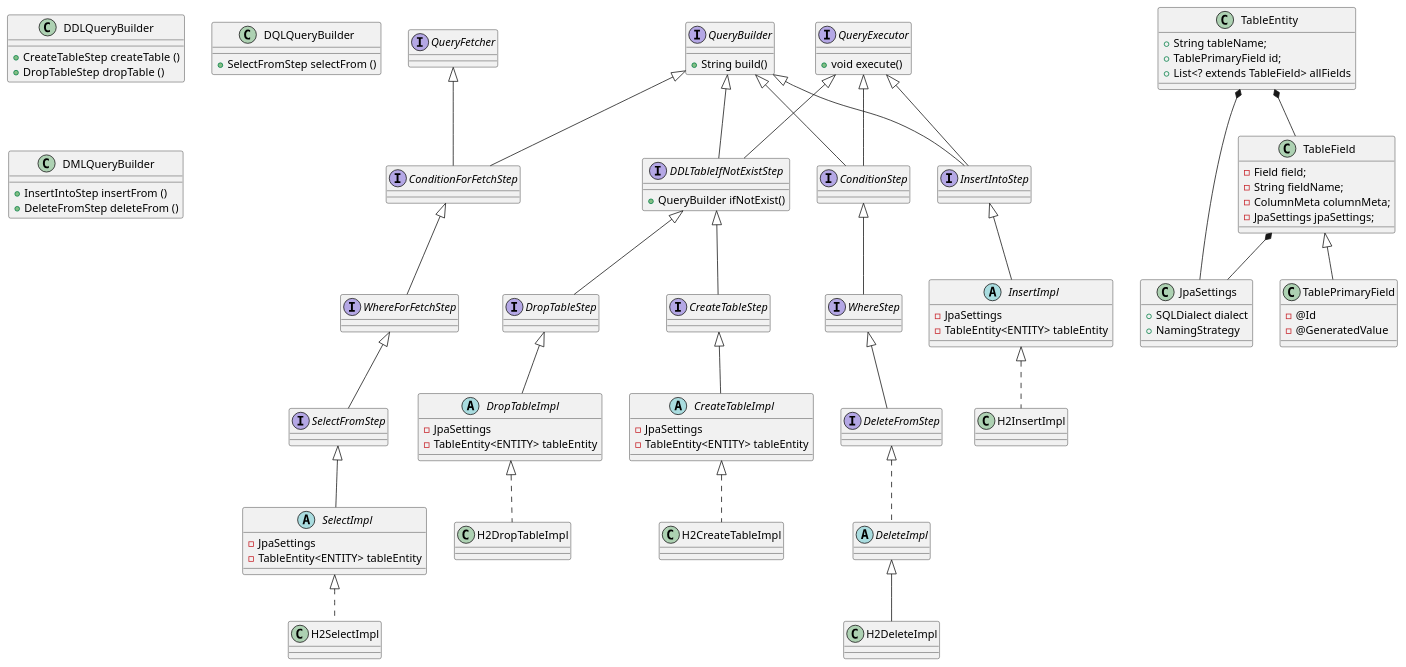
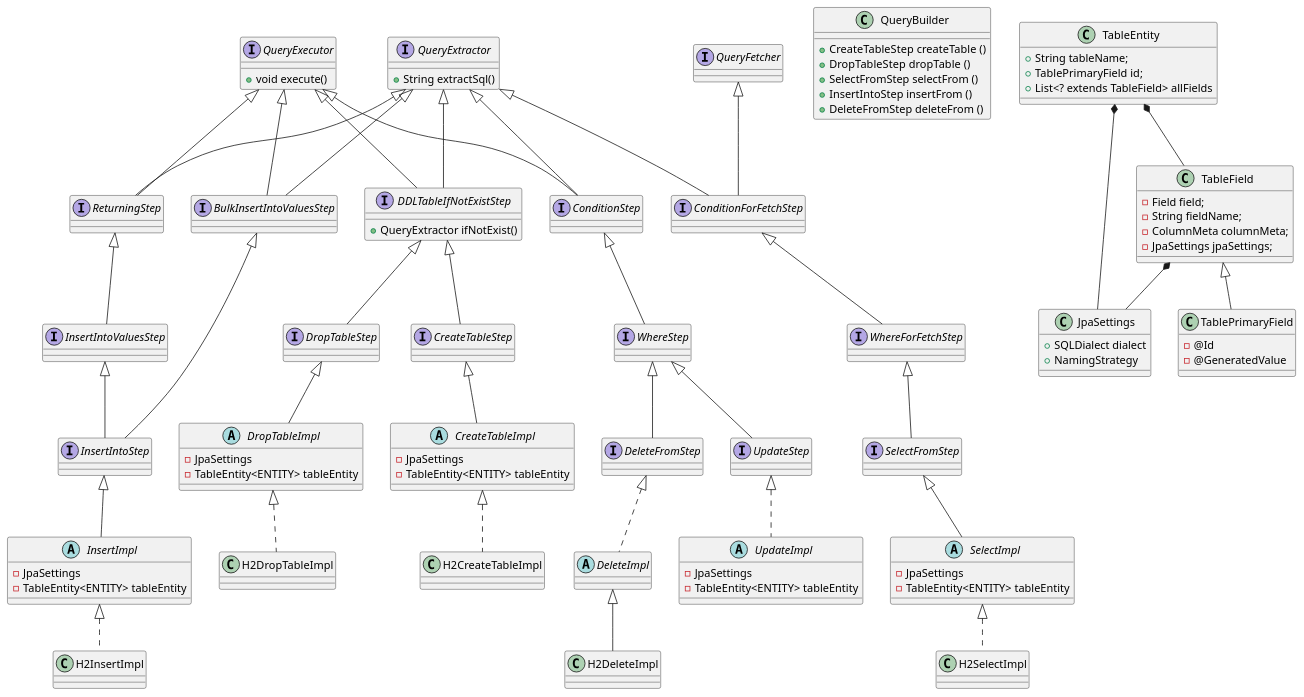
One commit to next-step/jpa-query-builder changed the diagram in docs/uml/step-3-class-diagram.puml. Above: the diagram before and after it, drawn with PlantUML. The commit also changed 60 other files, not shown here.

First line of the commit message:
Step4 - Simple Entity Object (#296)

```diff
--- a/docs/uml/step-3-class-diagram.puml
+++ b/docs/uml/step-3-class-diagram.puml
@@ -1,150 +1,166 @@
 @startuml
-interface QueryBuilder {
-    + String build()
+interface QueryExtractor {
+    + String extractSql()
 }
 
 ' QueryBuilder 들
-class DDLQueryBuilder {
+class QueryBuilder {
     + CreateTableStep createTable ()
     + DropTableStep dropTable ()
-}
-
-class DQLQueryBuilder {
     + SelectFromStep selectFrom ()
-}
-
-class DMLQueryBuilder {
     + InsertIntoStep insertFrom ()
     + DeleteFromStep deleteFrom ()
 }
-
 
 ' 이거도 그리면 좋지만 안이쁘니 숨기자...
 'DDLQueryBuilder -[hidden]..> CreateTableStep:returns
 'DDLQueryBuilder -[hidden]..> DropTableStep:returns
 
 'DMLQueryBuilder -[hidden]..> InsertIntoStep:returns
 'DMLQueryBuilder -[hidden]..> DeleteFromStep:returns
 
 ' Step 들 정의
 interface CreateTableStep extends DDLTableIfNotExistStep {
 
 }
 
 interface DropTableStep extends DDLTableIfNotExistStep {
 
 }
 
 interface SelectFromStep extends WhereForFetchStep {
 
 }
 
 interface WhereForFetchStep extends ConditionForFetchStep {
 
 }
 
-interface ConditionForFetchStep extends QueryFetcher, QueryBuilder {
+interface ConditionForFetchStep extends QueryFetcher, QueryExtractor {
 
 }
 
 interface DeleteFromStep extends WhereStep {
 
 }
 
-
 interface WhereStep extends ConditionStep {
 
 }
 
-interface InsertIntoStep extends QueryBuilder, QueryExecutor {
+interface InsertIntoStep extends InsertIntoValuesStep, BulkInsertIntoValuesStep {
 
 }
 
-interface ConditionStep extends QueryBuilder, QueryExecutor {
+interface BulkInsertIntoValuesStep extends QueryExtractor, QueryExecutor {
+
+}
+
+interface InsertIntoValuesStep extends ReturningStep {
+
+}
+
+
+interface ConditionStep extends QueryExtractor, QueryExecutor {
 
 }
 
 abstract class DeleteImpl implements DeleteFromStep {
 
 }
 
 class H2DeleteImpl extends DeleteImpl {
 
 }
 
-interface DDLTableIfNotExistStep extends QueryBuilder, QueryExecutor {
-    + QueryBuilder ifNotExist()
+interface DDLTableIfNotExistStep extends QueryExtractor, QueryExecutor {
+    + QueryExtractor ifNotExist()
 }
 
 interface QueryExecutor {
     + void execute()
 }
 
 abstract class CreateTableImpl extends CreateTableStep{
     - JpaSettings
     - TableEntity<ENTITY> tableEntity
 }
 
 class H2CreateTableImpl implements CreateTableImpl {
 
 }
 
 ' DROP
 abstract class DropTableImpl extends DropTableStep {
     - JpaSettings
     - TableEntity<ENTITY> tableEntity
 }
 
 class H2DropTableImpl implements DropTableImpl {
 
 }
 
 ' INSERT
 abstract class InsertImpl extends InsertIntoStep {
     - JpaSettings
     - TableEntity<ENTITY> tableEntity
 }
 
 class H2InsertImpl implements InsertImpl {
 
 }
 
 ' SELECT
 abstract class SelectImpl extends SelectFromStep {
     - JpaSettings
     - TableEntity<ENTITY> tableEntity
 }
 
 class H2SelectImpl implements SelectImpl {
 
 }
 
+' UPDATE
+interface UpdateStep extends WhereStep {
+
+}
+
+abstract class UpdateImpl implements UpdateStep {
+    - JpaSettings
+    - TableEntity<ENTITY> tableEntity
+}
+
+
+interface ReturningStep extends QueryExtractor, QueryExecutor {
+
+}
+
 class JpaSettings {
     + SQLDialect dialect
     + NamingStrategy
 }
 
 TableEntity *--	TableField
 TableEntity *--	JpaSettings
 
 TableField *-- JpaSettings
 
 class TableEntity {
     + String tableName;
     + TablePrimaryField id;
     + List<? extends TableField> allFields
 }
 
 class TableField {
     - Field field;
     - String fieldName;
     - ColumnMeta columnMeta;
     - JpaSettings jpaSettings;
 }
 
 class TablePrimaryField extends TableField {
     - @Id
     - @GeneratedValue
 }
 
 @enduml
```
